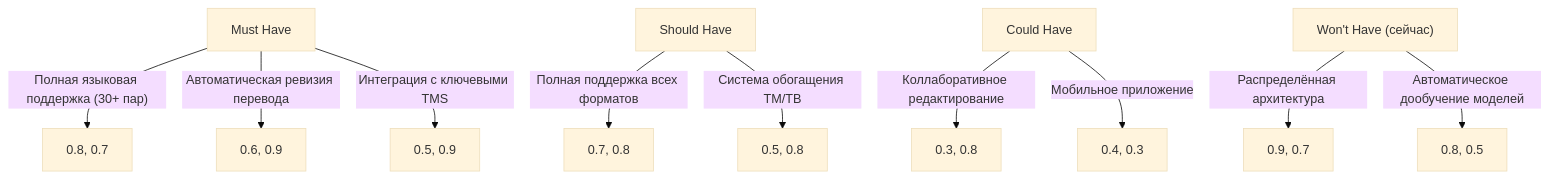
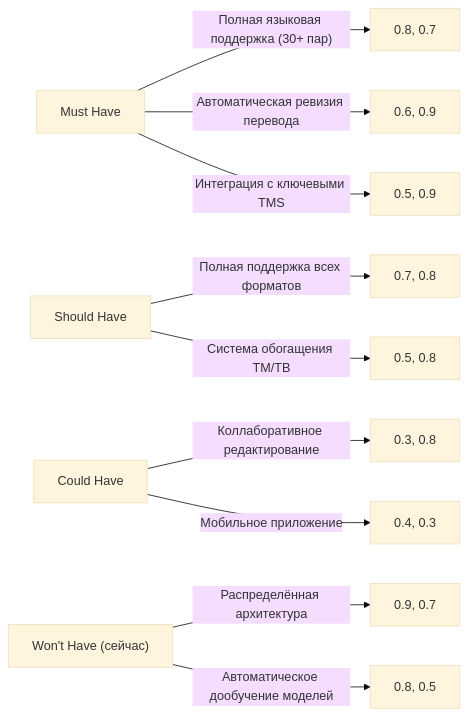
Before and after one commit to aozhuravlev/--TRANSLATOR--: the first of 2 diagrams in Business docs/Detailed Business Plan/04 - Engineering implementation/4.4.2. Требования для полной версии продукта.md, drawn with Mermaid (base theme). The commit also changed other lines of this file and 40 other files, not shown here.

Commit message:
fc's to mermaid

````diff
--- a/Business docs/Detailed Business Plan/04 - Engineering implementation/4.4.2. Требования для полной версии продукта.md
+++ b/Business docs/Detailed Business Plan/04 - Engineering implementation/4.4.2. Требования для полной версии продукта.md
@@ -17,20 +17,20 @@
 ```mermaid
-graph TD
+graph LR
     A["Must Have"]
     B["Should Have"]
     C["Could Have"]
     D["Won't Have (сейчас)"]
 
     A -->|"Полная языковая поддержка (30+ пар)"| A1["0.8, 0.7"]
     A -->|"Автоматическая ревизия перевода"| A2["0.6, 0.9"]
     A -->|"Интеграция с ключевыми TMS"| A3["0.5, 0.9"]
     
     B -->|"Полная поддержка всех форматов"| B1["0.7, 0.8"]
     B -->|"Система обогащения TM/TB"| B2["0.5, 0.8"]
     
     C -->|"Коллаборативное редактирование"| C1["0.3, 0.8"]
     C -->|"Мобильное приложение"| C2["0.4, 0.3"]
     
     D -->|"Распределённая архитектура"| D1["0.9, 0.7"]
     D -->|"Автоматическое дообучение моделей"| D2["0.8, 0.5"]
 ```
````
